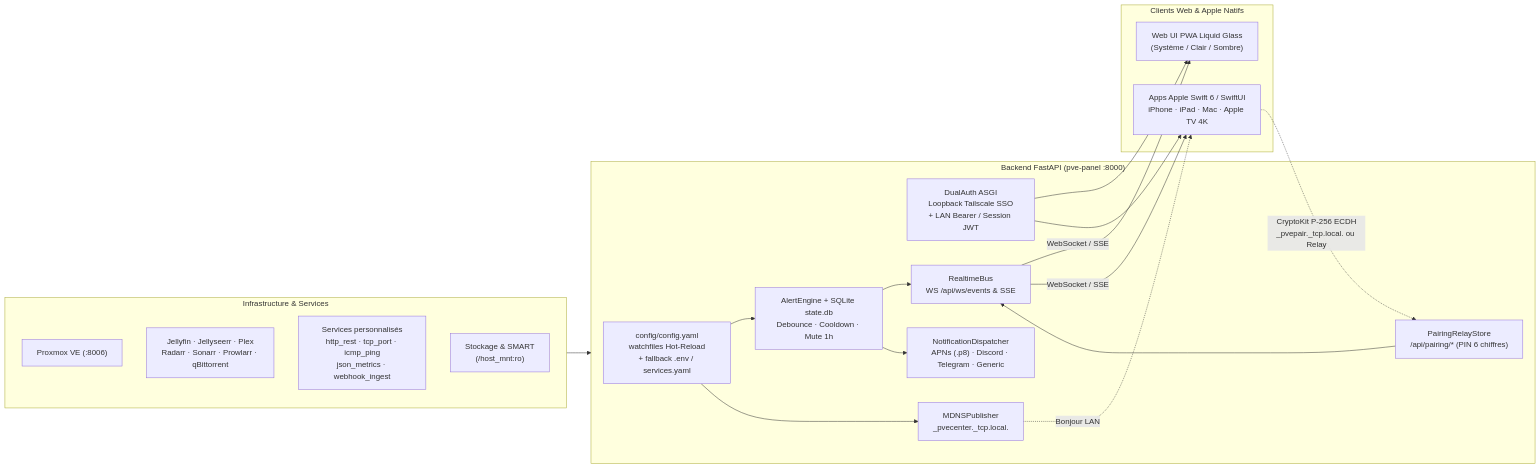
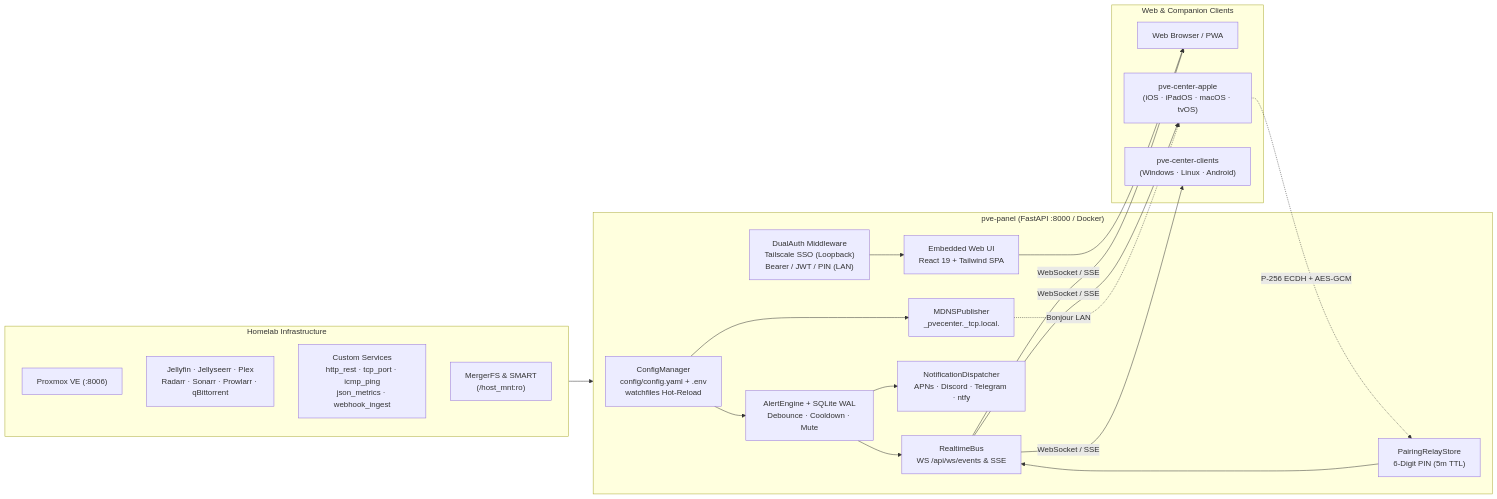
The diagram in README.md (Fairy-Jeux/pve-panel), drawn with Mermaid before and after one commit. The commit also changed other lines of this file and 123 other files, not shown here.

Commit message:
chore: split core pve-panel repo, add governance, CI & bilingual EN/FR docs

````diff
--- a/README.md
+++ b/README.md
@@ -159,37 +59,40 @@
 ```mermaid
 flowchart LR
-    subgraph Homelab["Infrastructure & Services"]
+    subgraph Homelab["Homelab Infrastructure"]
         PVE["Proxmox VE (:8006)"]
         Media["Jellyfin · Jellyseerr · Plex\nRadarr · Sonarr · Prowlarr · qBittorrent"]
-        Custom["Services personnalisés\nhttp_rest · tcp_port · icmp_ping\njson_metrics · webhook_ingest"]
-        Disks["Stockage & SMART\n(/host_mnt:ro)"]
+        Custom["Custom Services\nhttp_rest · tcp_port · icmp_ping\njson_metrics · webhook_ingest"]
+        Disks["MergerFS & SMART\n(/host_mnt:ro)"]
     end
 
-    subgraph Backend["Backend FastAPI (pve-panel :8000)"]
-        YAML["config/config.yaml\nwatchfiles Hot-Reload\n+ fallback .env / services.yaml"]
-        Auth["DualAuth ASGI\nLoopback Tailscale SSO\n+ LAN Bearer / Session JWT"]
-        Engine["AlertEngine + SQLite state.db\nDebounce · Cooldown · Mute 1h"]
+    subgraph Server["pve-panel (FastAPI :8000 / Docker)"]
+        YAML["ConfigManager\nconfig/config.yaml + .env\nwatchfiles Hot-Reload"]
+        Auth["DualAuth Middleware\nTailscale SSO (Loopback)\nBearer / JWT / PIN (LAN)"]
+        Engine["AlertEngine + SQLite WAL\nDebounce · Cooldown · Mute"]
         MDNS["MDNSPublisher\n_pvecenter._tcp.local."]
-        Relay["PairingRelayStore\n/api/pairing/* (PIN 6 chiffres)"]
+        Relay["PairingRelayStore\n6-Digit PIN (5m TTL)"]
         Bus["RealtimeBus\nWS /api/ws/events & SSE"]
-        Notif["NotificationDispatcher\nAPNs (.p8) · Discord · Telegram · Generic"]
+        Notif["NotificationDispatcher\nAPNs · Discord · Telegram · ntfy"]
+        SPA["Embedded Web UI\nReact 19 + Tailwind SPA"]
     end
 
-    subgraph Clients["Clients Web & Apple Natifs"]
-        Web["Web UI PWA Liquid Glass\n(Système / Clair / Sombre)"]
-        Apple["Apps Apple Swift 6 / SwiftUI\niPhone · iPad · Mac · Apple TV 4K"]
+    subgraph Clients["Web & Companion Clients"]
+        Browser["Web Browser / PWA"]
+        Apple["pve-center-apple\n(iOS · iPadOS · macOS · tvOS)"]
+        Multi["pve-center-clients\n(Windows · Linux · Android)"]
     end
 
-    Homelab --> Backend
+    Homelab --> Server
     YAML --> Engine
     YAML --> MDNS
     Engine --> Bus
     Engine --> Notif
     Relay --> Bus
-    Auth --> Web
-    Auth --> Apple
-    Bus -->|"WebSocket / SSE"| Web
+    Auth --> SPA
+    SPA --> Browser
+    Bus -->|"WebSocket / SSE"| Browser
     Bus -->|"WebSocket / SSE"| Apple
+    Bus -->|"WebSocket / SSE"| Multi
     MDNS -.->|"Bonjour LAN"| Apple
-    Apple -.->|"CryptoKit P-256 ECDH\n_pvepair._tcp.local. ou Relay"| Relay
+    Apple -.->|"P-256 ECDH + AES-GCM"| Relay
 ```
````
